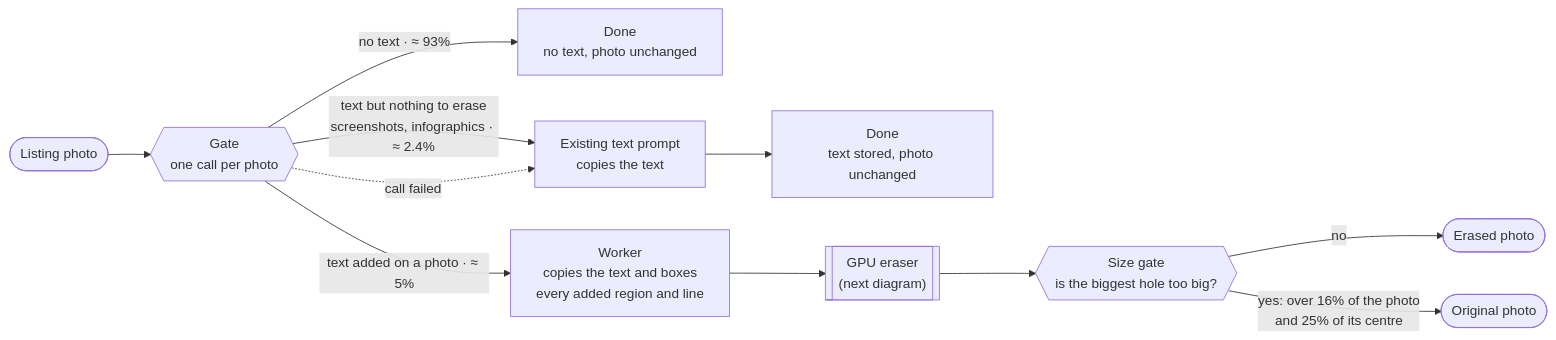
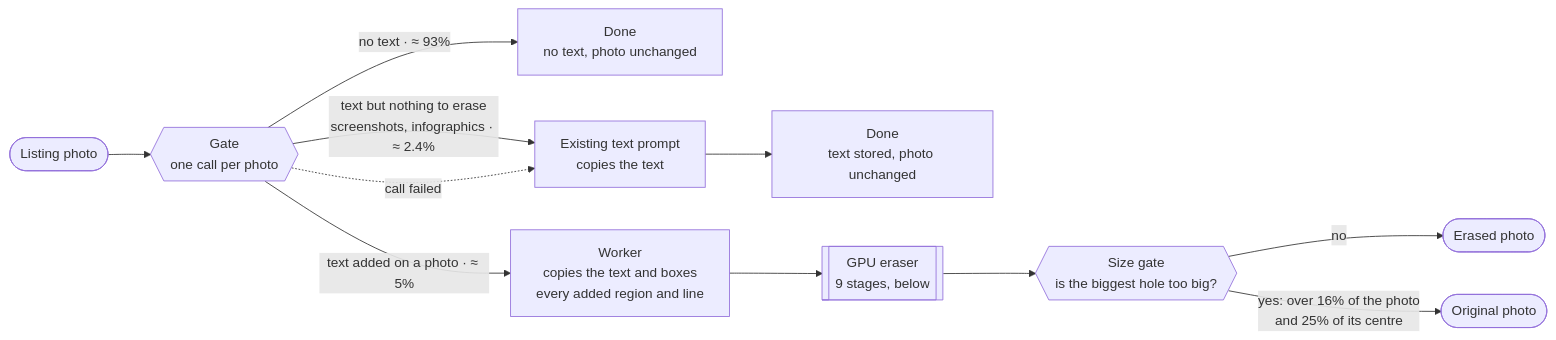
Before and after one commit to aminalmasi/text-overlay-removal: the first of 2 diagrams in README.md, drawn with Mermaid. The commit also changed other lines of this file and 4 other files, not shown here.

````diff
--- a/README.md
+++ b/README.md
@@ -52,13 +54,13 @@
 ```mermaid
 flowchart LR
   photo(["Listing photo"]) --> gate{{"Gate<br/>one call per photo"}}
   gate -->|"no text · ≈ 93%"| done1["Done<br/>no text, photo unchanged"]
   gate -->|"text but nothing to erase<br/>screenshots, infographics · ≈ 2.4%"| prod["Existing text prompt<br/>copies the text"]
   gate -.->|"call failed"| prod
   prod --> done2["Done<br/>text stored, photo unchanged"]
   gate -->|"text added on a photo · ≈ 5%"| worker["Worker<br/>copies the text and boxes<br/>every added region and line"]
-  worker --> eraser[["GPU eraser<br/>(next diagram)"]]
+  worker --> eraser[["GPU eraser<br/>9 stages, below"]]
   eraser --> sizegate{{"Size gate<br/>is the biggest hole too big?"}}
   sizegate -->|"no"| erased(["Erased photo"])
   sizegate -->|"yes: over 16% of the photo<br/>and 25% of its centre"| orig(["Original photo"])
 ```
````
